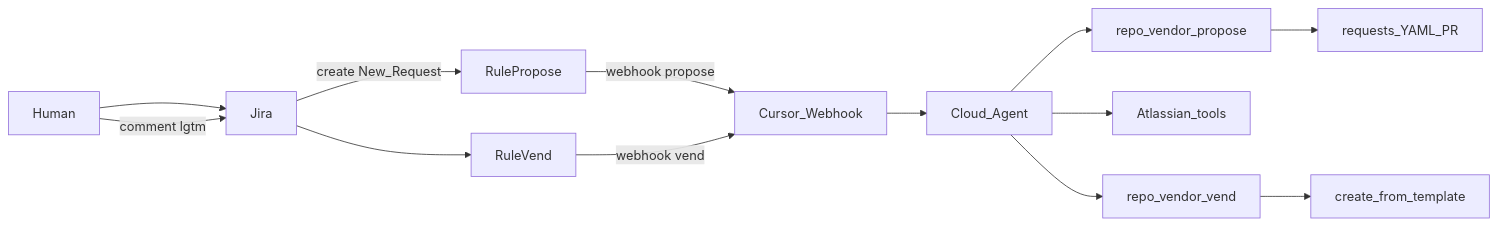
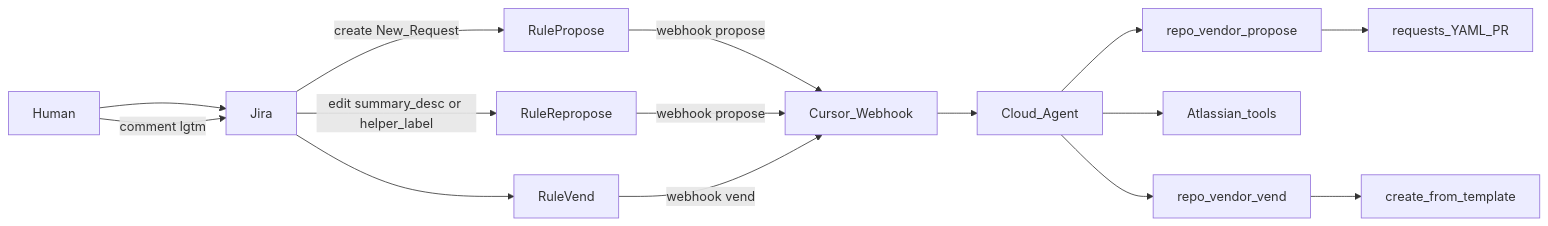
One commit to pete-leese/agentic-repo-vending changed the diagram in docs/jira-setup.md. Above: the diagram before and after it, drawn with Mermaid. The commit also changed other lines of this file and 19 other files, not shown here.

First line of the commit message:
Jira re-propose, platform aliases, Sonnet/Composer evals (#6)

````diff
--- a/docs/jira-setup.md
+++ b/docs/jira-setup.md
@@ -7,15 +7,17 @@
 ```mermaid
 flowchart LR
   Human --> Jira
   Jira -->|create New_Request| RulePropose
+  Jira -->|edit summary_desc or helper_label| RuleRepropose
   RulePropose -->|webhook propose| CursorWH[Cursor_Webhook]
+  RuleRepropose -->|webhook propose| CursorWH
   CursorWH --> Agent[Cloud_Agent]
   Agent --> CLIPropose[repo_vendor_propose]
   CLIPropose --> SpecPR[requests_YAML_PR]
   Agent --> Atlassian[Atlassian_tools]
   Human -->|comment lgtm| Jira
   Jira --> RuleVend
   RuleVend -->|webhook vend| CursorWH
   Agent --> CLIVend[repo_vendor_vend]
   CLIVend --> GitHub[create_from_template]
 ```
````
